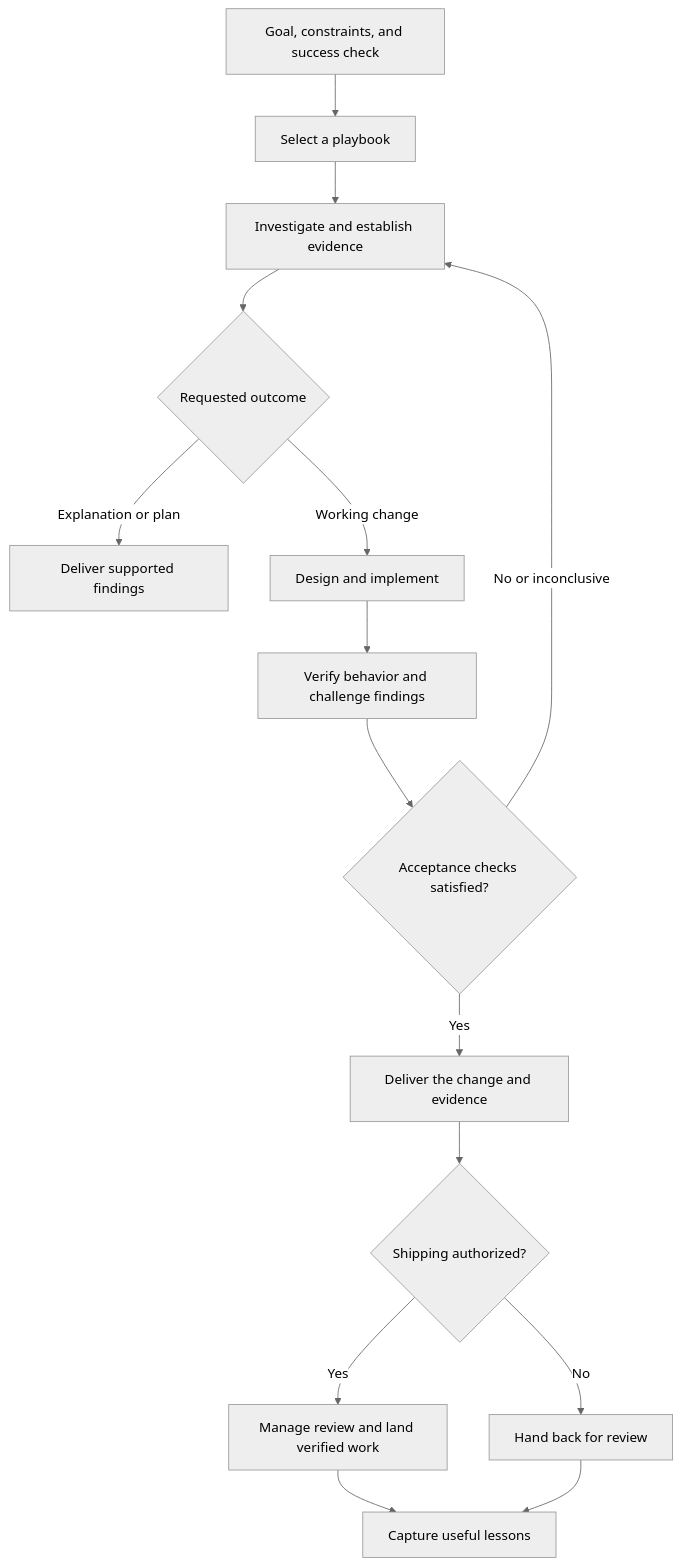
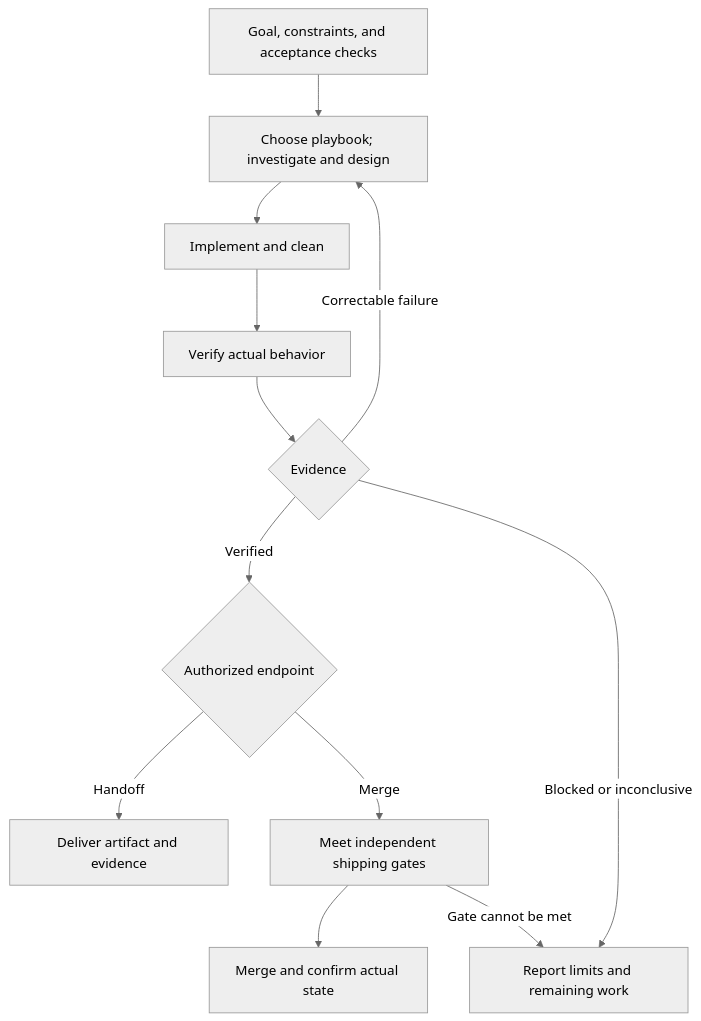
Before and after one commit to just-joshn/vitest-best-practices-skill: the diagram in vitest-best-practices/SKILL.md, drawn with Mermaid (neutral theme). The commit also changed other lines of this file and 11 other files, not shown here.

````diff
--- a/vitest-best-practices/SKILL.md
+++ b/vitest-best-practices/SKILL.md
@@ -24,17 +59,14 @@
 ```mermaid
 flowchart TD
-  A[Goal, constraints, and success check] --> B[Select a playbook]
-  B --> C[Investigate and establish evidence]
-  C --> D{Requested outcome}
-  D -->|Explanation or plan| E[Deliver supported findings]
-  D -->|Working change| F[Design and implement]
-  F --> G[Verify behavior and challenge findings]
-  G --> H{Acceptance checks satisfied?}
-  H -->|No or inconclusive| C
-  H -->|Yes| I[Deliver the change and evidence]
-  I --> J{Shipping authorized?}
-  J -->|Yes| K[Manage review and land verified work]
-  J -->|No| L[Hand back for review]
-  K --> M[Capture useful lessons]
-  L --> M
+  A["Goal, constraints, and acceptance checks"] --> B["Choose playbook; investigate and design"]
+  B --> C["Implement and clean"]
+  C --> D["Verify actual behavior"]
+  D --> E{"Evidence"}
+  E -->|Correctable failure| B
+  E -->|Verified| F{"Authorized endpoint"}
+  E -->|Blocked or inconclusive| R["Report limits and remaining work"]
+  F -->|Handoff| G["Deliver artifact and evidence"]
+  F -->|Merge| H["Meet independent shipping gates"]
+  H --> I["Merge and confirm actual state"]
+  H -->|Gate cannot be met| R
 ```
````
